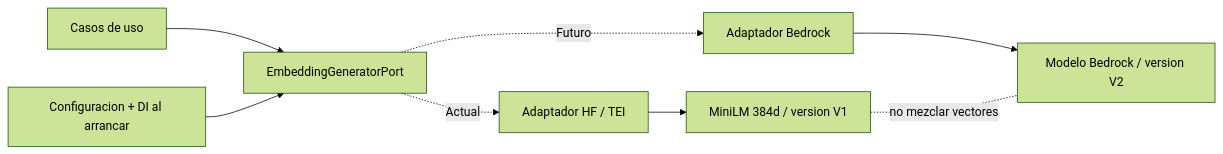
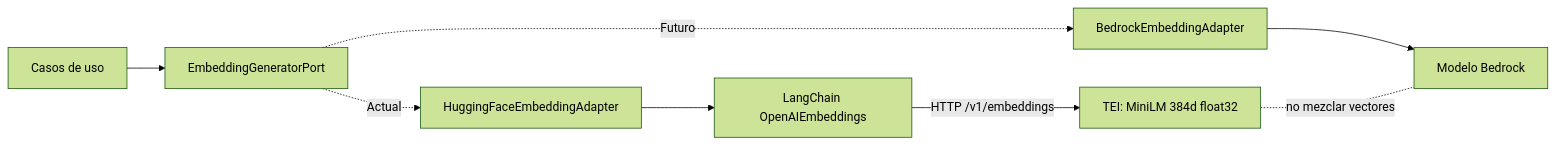
The diagram in docs/03-architecture/04-ai-architecture.md (eduardoquispe/semantic-phrase-app), drawn with Mermaid (forest theme) before and after one commit. The commit also changed other lines of this file and 7 other files, not shown here.

````diff
--- a/docs/03-architecture/04-ai-architecture.md
+++ b/docs/03-architecture/04-ai-architecture.md
@@ -277,10 +110,10 @@
 ```mermaid
 flowchart LR
     UC[Casos de uso] --> PORT[EmbeddingGeneratorPort]
-    PORT -. Actual .-> HF[Adaptador HF / TEI]
-    PORT -. Futuro .-> BR[Adaptador Bedrock]
-    HF --> M1[MiniLM 384d / version V1]
-    BR --> M2[Modelo Bedrock / version V2]
-    M1 -. no mezclar vectores .- M2
-    CFG[Configuracion + DI al arrancar] --> PORT
+    PORT -. Actual .-> HF[HuggingFaceEmbeddingAdapter]
+    PORT -. Futuro .-> BR[BedrockEmbeddingAdapter]
+    HF --> LC[LangChain OpenAIEmbeddings]
+    LC -->|HTTP /v1/embeddings| TEI[TEI: MiniLM 384d float32]
+    BR --> M2[Modelo Bedrock]
+    TEI -. no mezclar vectores .- M2
 ```
````
